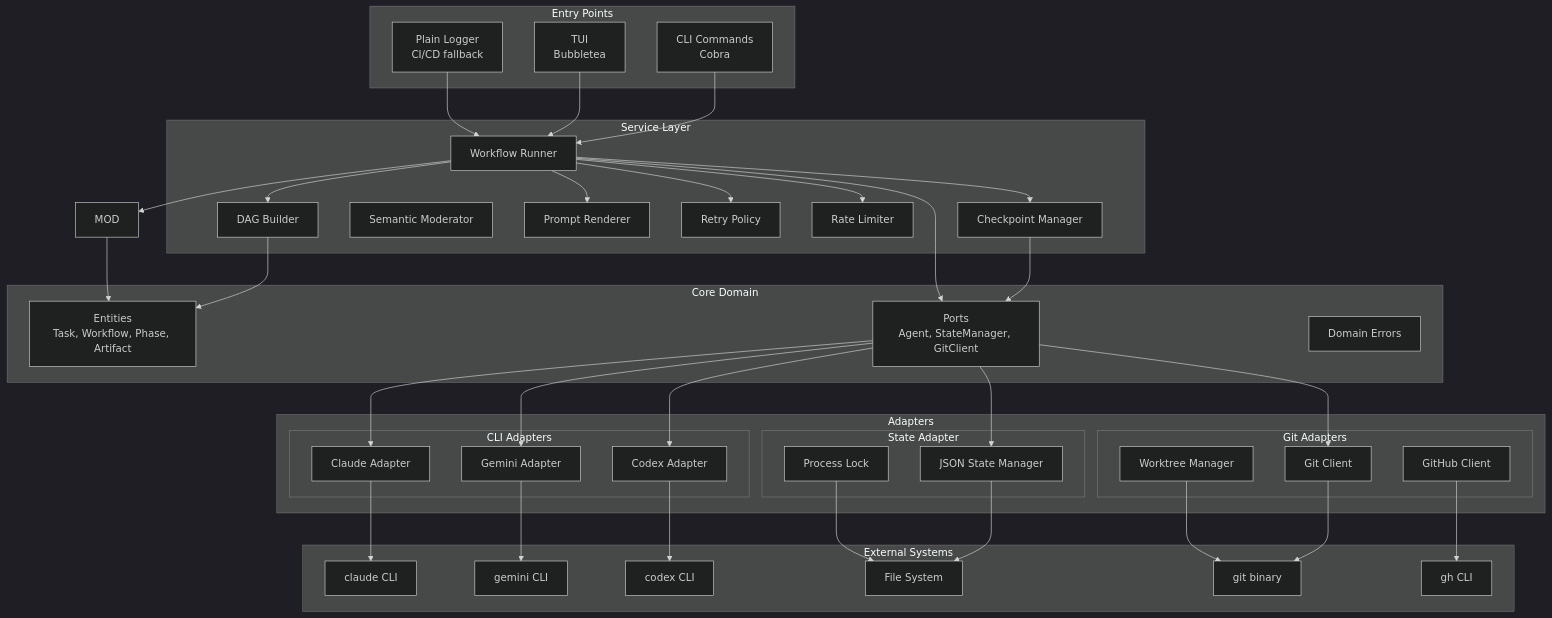
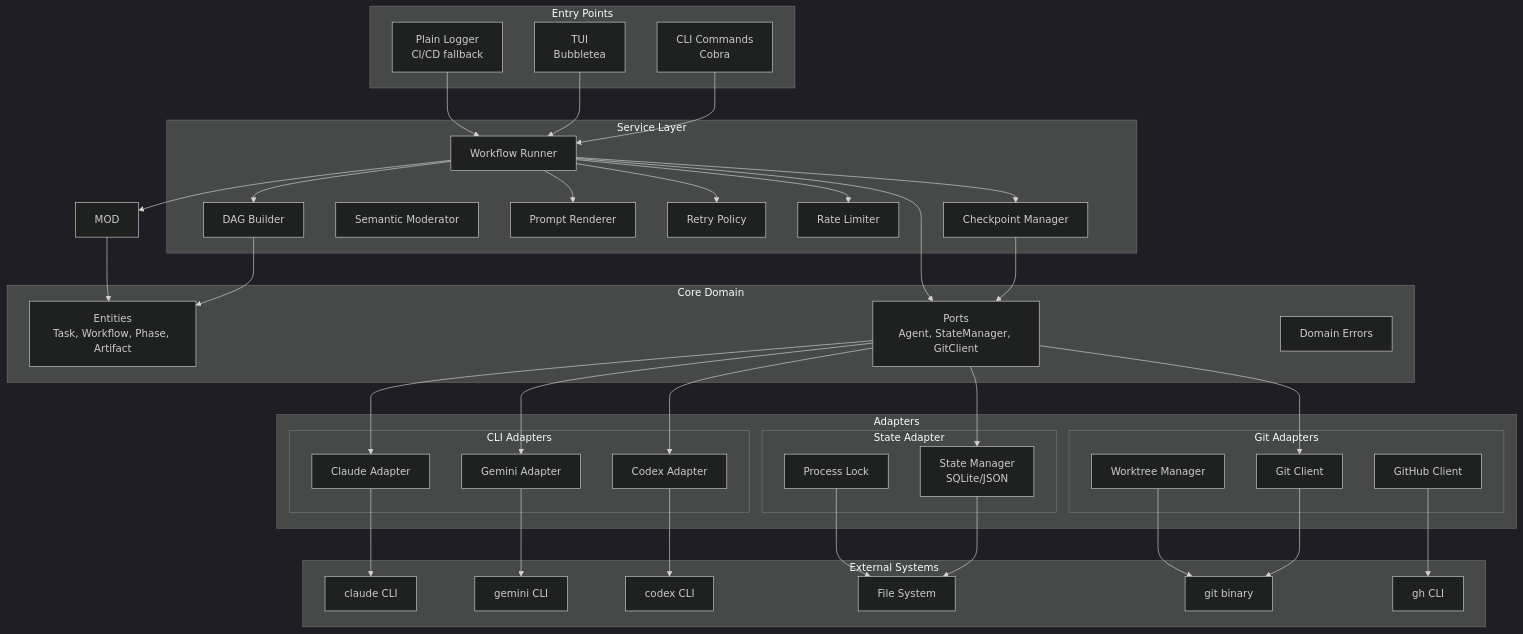
The diagram in docs/ARCHITECTURE.md (hugo-lorenzo-mato/quorum-ai), drawn with Mermaid (dark theme) before and after one commit. The commit also changed other lines of this file and 2 other files, not shown here.

Commit message:
docs: change default state backend to sqlite
- Update default.yaml with sqlite backend and .db paths
- Update CONFIGURATION.md state section
- Update ARCHITECTURE.md diagrams and state adapter description

SQLite provides better performance and concurrent access for
production workflows. JSON remains available as alternative.

````diff
--- a/docs/ARCHITECTURE.md
+++ b/docs/ARCHITECTURE.md
@@ -16,81 +16,81 @@
 ```mermaid
 graph TB
     subgraph "Entry Points"
         CLI[CLI Commands<br/>Cobra]
         TUI[TUI<br/>Bubbletea]
         PLAIN[Plain Logger<br/>CI/CD fallback]
     end
 
     subgraph "Service Layer"
         WF[Workflow Runner]
         DAG[DAG Builder]
         ARB[Semantic Moderator]
         PROMPT[Prompt Renderer]
         RETRY[Retry Policy]
         RATE[Rate Limiter]
         CKPT[Checkpoint Manager]
     end
 
     subgraph "Core Domain"
         ENTITIES[Entities<br/>Task, Workflow, Phase, Artifact]
         PORTS[Ports<br/>Agent, StateManager, GitClient]
         ERRORS[Domain Errors]
     end
 
     subgraph "Adapters"
         subgraph "CLI Adapters"
             CLAUDE[Claude Adapter]
             GEMINI[Gemini Adapter]
             CODEX[Codex Adapter]
         end
         subgraph "State Adapter"
-            JSON[JSON State Manager]
+            STATE[State Manager<br/>SQLite/JSON]
             LOCK[Process Lock]
         end
         subgraph "Git Adapters"
             GIT[Git Client]
             WT[Worktree Manager]
             GH[GitHub Client]
         end
     end
 
     subgraph "External Systems"
         CLAUDE_CLI[claude CLI]
         GEMINI_CLI[gemini CLI]
         CODEX_CLI[codex CLI]
         FS[File System]
         GIT_BIN[git binary]
         GH_BIN[gh CLI]
     end
 
     CLI --> WF
     TUI --> WF
     PLAIN --> WF
 
     WF --> DAG
     WF --> MOD
     WF --> PROMPT
     WF --> RETRY
     WF --> RATE
     WF --> CKPT
 
     DAG --> ENTITIES
     MOD --> ENTITIES
     CKPT --> PORTS
 
     WF --> PORTS
     PORTS --> CLAUDE
     PORTS --> GEMINI
     PORTS --> CODEX
-    PORTS --> JSON
+    PORTS --> STATE
     PORTS --> GIT
 
     CLAUDE --> CLAUDE_CLI
     GEMINI --> GEMINI_CLI
     CODEX --> CODEX_CLI
-    JSON --> FS
+    STATE --> FS
     LOCK --> FS
     GIT --> GIT_BIN
     WT --> GIT_BIN
     GH --> GH_BIN
 ```
````
